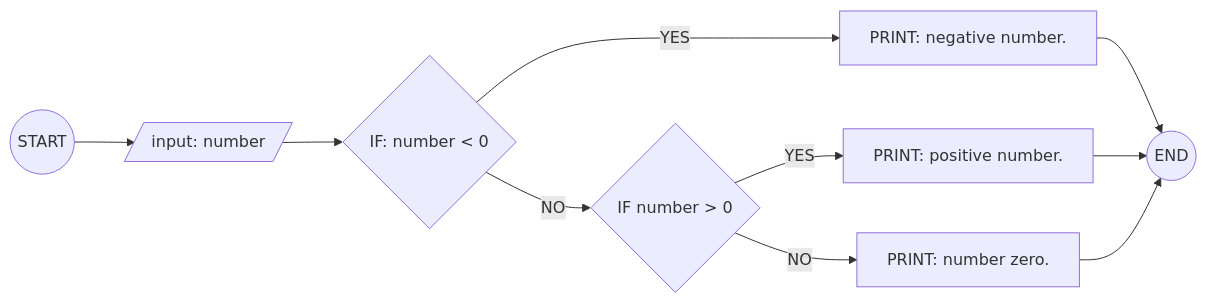
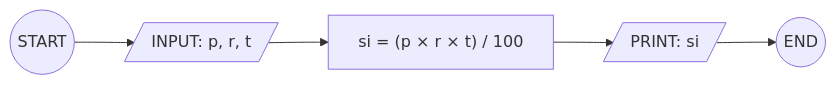
Before and after one commit to ihabau/lexicon-WS-flowchats: the first of 2 diagrams in Exercise4.md, drawn with Mermaid. The commit also changed other lines of this file and 1 other file, not shown here.

````diff
--- a/Exercise4.md
+++ b/Exercise4.md
@@ -25,7 +29,7 @@
 ```mermaid
 flowchart LR
-S((START)) --> IN[/input: number/]
-IN --> IF1{IF: number < 0} -- YES --> OUTN[PRINT: negative number.] --> E((END))
-IF1 -- NO --> IF2{IF number > 0} -- YES --> OUTP[PRINT: positive number.] --> E
-IF2 -- NO --> OUT0[PRINT: number zero.] --> E
+S((START)) --> INPUT[/INPUT: p, r, t/]
+INPUT --> CALC["si = (p × r × t) / 100"]
+CALC --> OUTPUT[/PRINT: si/]
+OUTPUT --> E((END))
 ```
````
